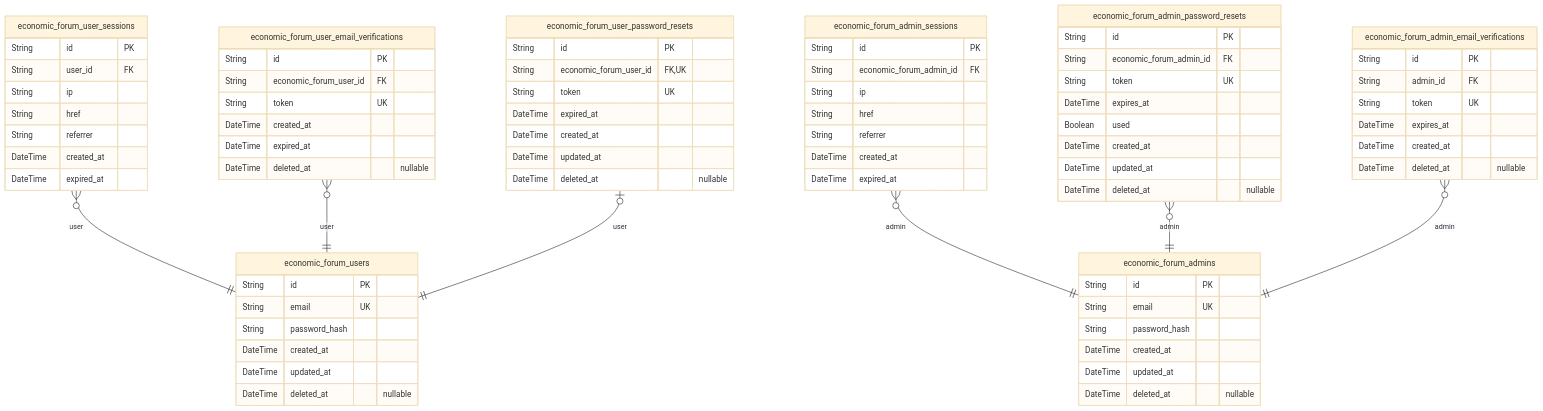
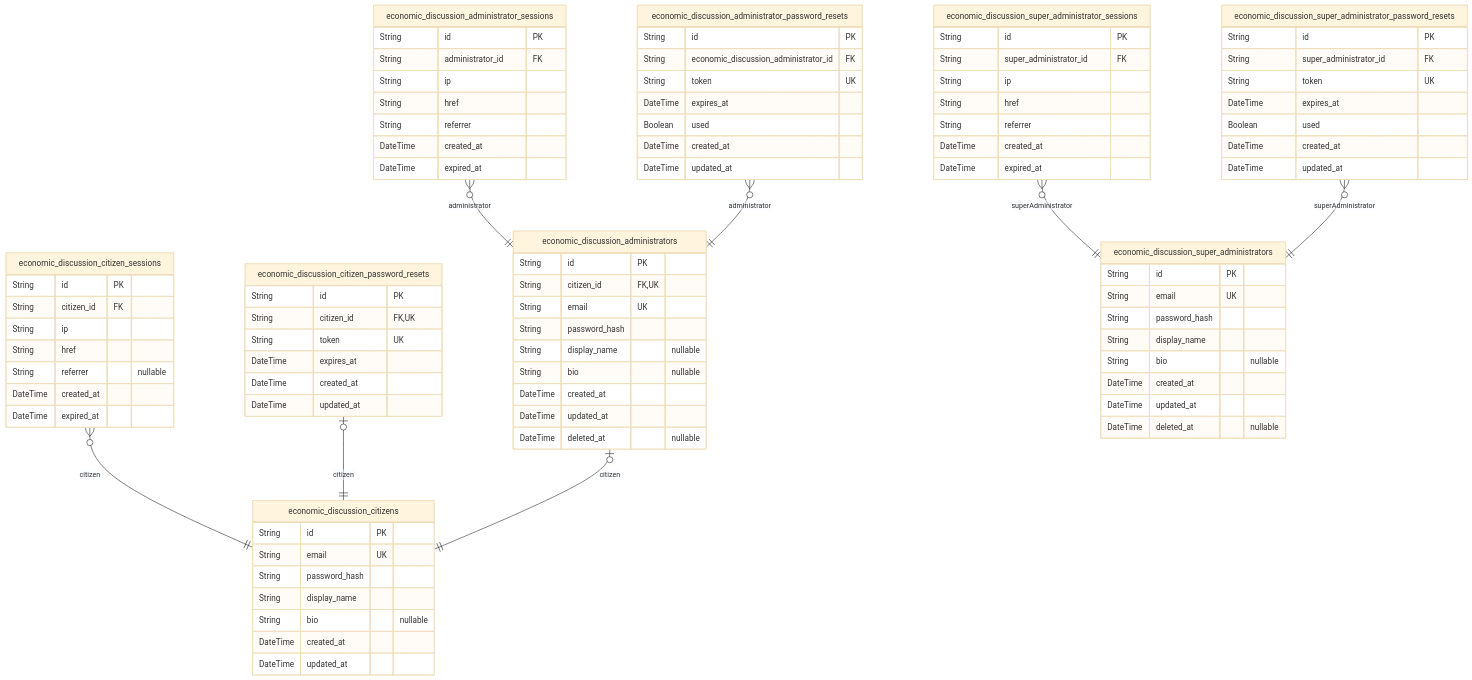
Before and after one commit to wrtnlabs/autobe-examples: the first of 7 diagrams in qwen/qwen3-next-80b-a3b-instruct/bbs/docs/ERD.md, drawn with Mermaid (base theme). The commit also changed other lines of this file and 9391 other files, not shown here.

````diff
--- a/qwen/qwen3-next-80b-a3b-instruct/bbs/docs/ERD.md
+++ b/qwen/qwen3-next-80b-a3b-instruct/bbs/docs/ERD.md
@@ -12,78 +15,93 @@
 ```mermaid
 erDiagram
-"economic_forum_users" {
+"economic_discussion_citizens" {
   String id PK
   String email UK
   String password_hash
+  String display_name
+  String bio "nullable"
+  DateTime created_at
+  DateTime updated_at
+}
+"economic_discussion_citizen_sessions" {
+  String id PK
+  String citizen_id FK
+  String ip
+  String href
+  String referrer "nullable"
+  DateTime created_at
+  DateTime expired_at
+}
+"economic_discussion_citizen_password_resets" {
+  String id PK
+  String citizen_id FK,UK
+  String token UK
+  DateTime expires_at
+  DateTime created_at
+  DateTime updated_at
+}
+"economic_discussion_administrators" {
+  String id PK
+  String citizen_id FK,UK
+  String email UK
+  String password_hash
+  String display_name "nullable"
+  String bio "nullable"
   DateTime created_at
   DateTime updated_at
   DateTime deleted_at "nullable"
 }
-"economic_forum_user_sessions" {
+"economic_discussion_administrator_sessions" {
   String id PK
-  String user_id FK
+  String administrator_id FK
   String ip
   String href
   String referrer
   DateTime created_at
   DateTime expired_at
 }
-"economic_forum_user_email_verifications" {
+"economic_discussion_administrator_password_resets" {
   String id PK
-  String economic_forum_user_id FK
+  String economic_discussion_administrator_id FK
   String token UK
+  DateTime expires_at
+  Boolean used
   DateTime created_at
-  DateTime expired_at
-  DateTime deleted_at "nullable"
+  DateTime updated_at
 }
-"economic_forum_user_password_resets" {
+"economic_discussion_super_administrators" {
   String id PK
-  String economic_forum_user_id FK,UK
-  String token UK
-  DateTime expired_at
+  String email UK
+  String password_hash
+  String display_name
+  String bio "nullable"
   DateTime created_at
   DateTime updated_at
   DateTime deleted_at "nullable"
 }
-"economic_forum_admins" {
+"economic_discussion_super_administrator_sessions" {
   String id PK
-  String email UK
-  String password_hash
-  DateTime created_at
-  DateTime updated_at
-  DateTime deleted_at "nullable"
-}
-"economic_forum_admin_sessions" {
-  String id PK
-  String economic_forum_admin_id FK
+  String super_administrator_id FK
   String ip
   String href
   String referrer
   DateTime created_at
   DateTime expired_at
 }
-"economic_forum_admin_password_resets" {
+"economic_discussion_super_administrator_password_resets" {
   String id PK
-  String economic_forum_admin_id FK
+  String super_administrator_id FK
   String token UK
   DateTime expires_at
   Boolean used
   DateTime created_at
   DateTime updated_at
-  DateTime deleted_at "nullable"
 }
-"economic_forum_admin_email_verifications" {
-  String id PK
-  String admin_id FK
-  String token UK
-  DateTime expires_at
-  DateTime created_at
-  DateTime deleted_at "nullable"
-}
-"economic_forum_user_sessions" }o--|| "economic_forum_users" : user
-"economic_forum_user_email_verifications" }o--|| "economic_forum_users" : user
-"economic_forum_user_password_resets" |o--|| "economic_forum_users" : user
-"economic_forum_admin_sessions" }o--|| "economic_forum_admins" : admin
-"economic_forum_admin_password_resets" }o--|| "economic_forum_admins" : admin
-"economic_forum_admin_email_verifications" }o--|| "economic_forum_admins" : admin
+"economic_discussion_citizen_sessions" }o--|| "economic_discussion_citizens" : citizen
+"economic_discussion_citizen_password_resets" |o--|| "economic_discussion_citizens" : citizen
+"economic_discussion_administrators" |o--|| "economic_discussion_citizens" : citizen
+"economic_discussion_administrator_sessions" }o--|| "economic_discussion_administrators" : administrator
+"economic_discussion_administrator_password_resets" }o--|| "economic_discussion_administrators" : administrator
+"economic_discussion_super_administrator_sessions" }o--|| "economic_discussion_super_administrators" : superAdministrator
+"economic_discussion_super_administrator_password_resets" }o--|| "economic_discussion_super_administrators" : superAdministrator
 ```
````
